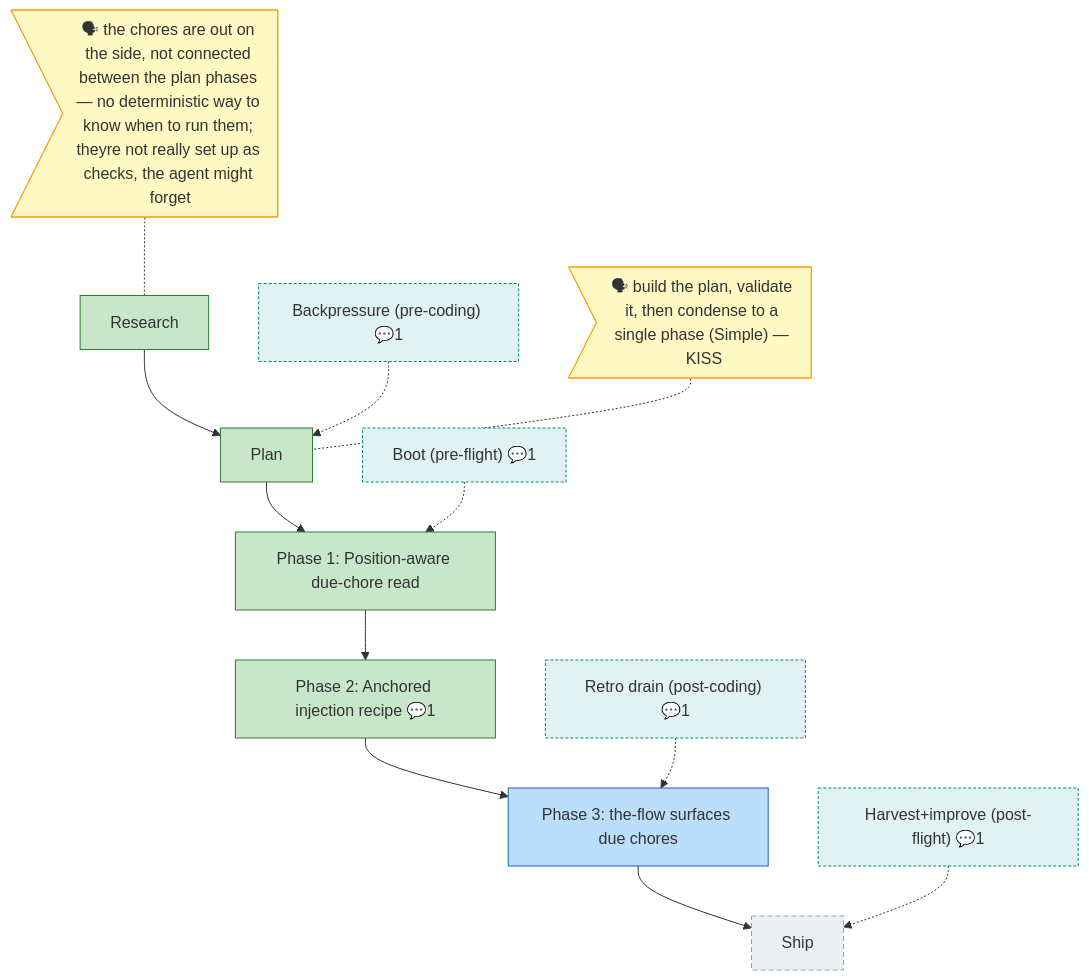
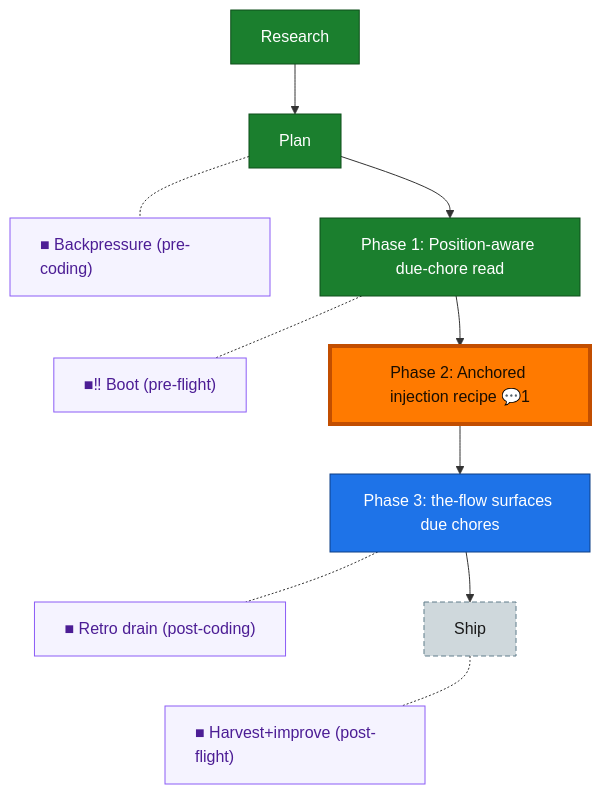
The diagram in docs/plans/033-flow-chore-anchoring/the-flow.md (AI-Substrate/harness-engineering), drawn with Mermaid before and after one commit. The commit also changed other lines of this file and 53 other files, not shown here.

First line of the commit message:
docs: close out flow states + land prior-session artifacts (034-052)

````diff
--- a/docs/plans/033-flow-chore-anchoring/the-flow.md
+++ b/docs/plans/033-flow-chore-anchoring/the-flow.md
@@ -8,42 +8,32 @@
 ```mermaid
 flowchart TD
+    research["Research"]:::done
+    plan["Plan"]:::done
+    phase_1["Phase 1: Position-aware due-chore read"]:::done
+    phase_2["Phase 2: Anchored injection recipe 💬1"]:::done
+    phase_3["Phase 3: the-flow surfaces due chores"]:::known
     ship["Ship"]:::assumed
-    phase_3["Phase 3: the-flow surfaces due chores"]:::known
-    phase_2["Phase 2: Anchored injection recipe 💬1"]:::done
-    phase_1["Phase 1: Position-aware due-chore read"]:::done
-    plan["Plan"]:::done
-    research["Research"]:::done
 
-    phase_3 --> ship
-    phase_2 --> phase_3
-    phase_1 --> phase_2
-    plan --> phase_1
-    research --> plan
+    research --> plan --> phase_1 --> phase_2 --> phase_3 --> ship
 
-    ehf_pre_flight["Boot (pre-flight) 💬1"]:::chore
-    ehf_pre_coding["Backpressure (pre-coding) 💬1"]:::chore
-    ehf_post_coding["Retro drain (post-coding) 💬1"]:::chore
-    ehf_post_flight["Harvest+improve (post-flight) 💬1"]:::chore
-    ehf_pre_flight -.-> phase_1
-    ehf_pre_coding -.-> plan
-    ehf_post_coding -.-> phase_3
-    ehf_post_flight -.-> ship
+    planC["■ Backpressure (pre-coding)"]:::chore
+    phase_1C["■‼ Boot (pre-flight)"]:::chore
+    phase_3C["■ Retro drain (post-coding)"]:::chore
+    shipC["■ Harvest+improve (post-flight)"]:::chore
 
-    say_plan>"🗣 build the plan, validate it, then condense to a single phase (Simple) — KISS"]:::said
-    say_plan -.- plan
-    say_research>"🗣 the chores are out on the side, not connected between the plan phases — no deterministic way to know when to run them; theyre not really set up as checks, the agent might forget"]:::said
-    say_research -.- research
+    %% invisible chain holds the gutter boxes in their own column
+    planC ~~~ phase_1C ~~~ phase_3C ~~~ shipC
 
-    classDef done fill:#C8E6C9,stroke:#2E7D32;
-    classDef wip fill:#FFE0B2,stroke:#EF6C00;
-    classDef blocked fill:#FFCDD2,stroke:#C62828;
-    classDef known fill:#BBDEFB,stroke:#1565C0;
-    classDef assumed fill:#ECEFF1,stroke:#90A4AE,stroke-dasharray:5 3;
-    classDef said fill:#FFF9C4,stroke:#F9A825;
-    classDef harness fill:#EDE7F6,stroke:#673AB7;
-    classDef decision fill:#FFF3E0,stroke:#FB8C00,stroke-dasharray:2 2;
-    classDef companion fill:#D1C4E9,stroke:#5E35B1;
-    classDef worker fill:#B2DFDB,stroke:#00897B;
-    classDef chore fill:#E0F2F1,stroke:#00897B,stroke-dasharray:3 2;
-    classDef unknown fill:#FAFAFA,stroke:#BDBDBD,stroke-dasharray:1 4;
+    %% dotted links pull each gutter box beside its node
+    plan -.- planC
+    phase_1 -.- phase_1C
+    phase_3 -.- phase_3C
+    ship -.- shipC
+
+    classDef done fill:#1B7F2E,stroke:#0F4F1B,color:#fff;
+    classDef known fill:#1E73E8,stroke:#0D3F86,color:#fff;
+    classDef assumed fill:#CFD8DC,stroke:#607D8B,color:#1a1a1a,stroke-dasharray:5 3;
+    classDef chore fill:#f5f3ff,stroke:#8b5cf6,color:#4c1d95,text-align:left;
+    classDef current fill:#FF7A00,stroke:#C24E00,color:#1a0e00,stroke-width:4px;
+    class phase_2 current;
 ```
````
